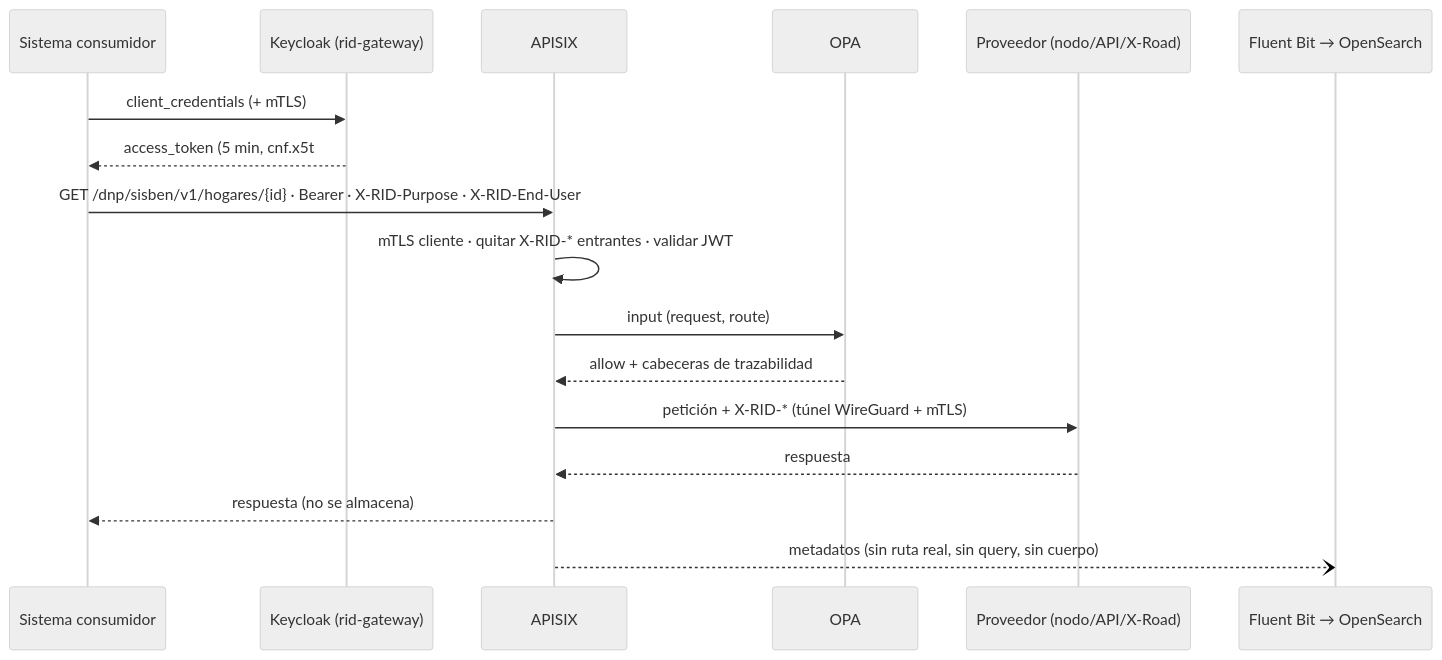
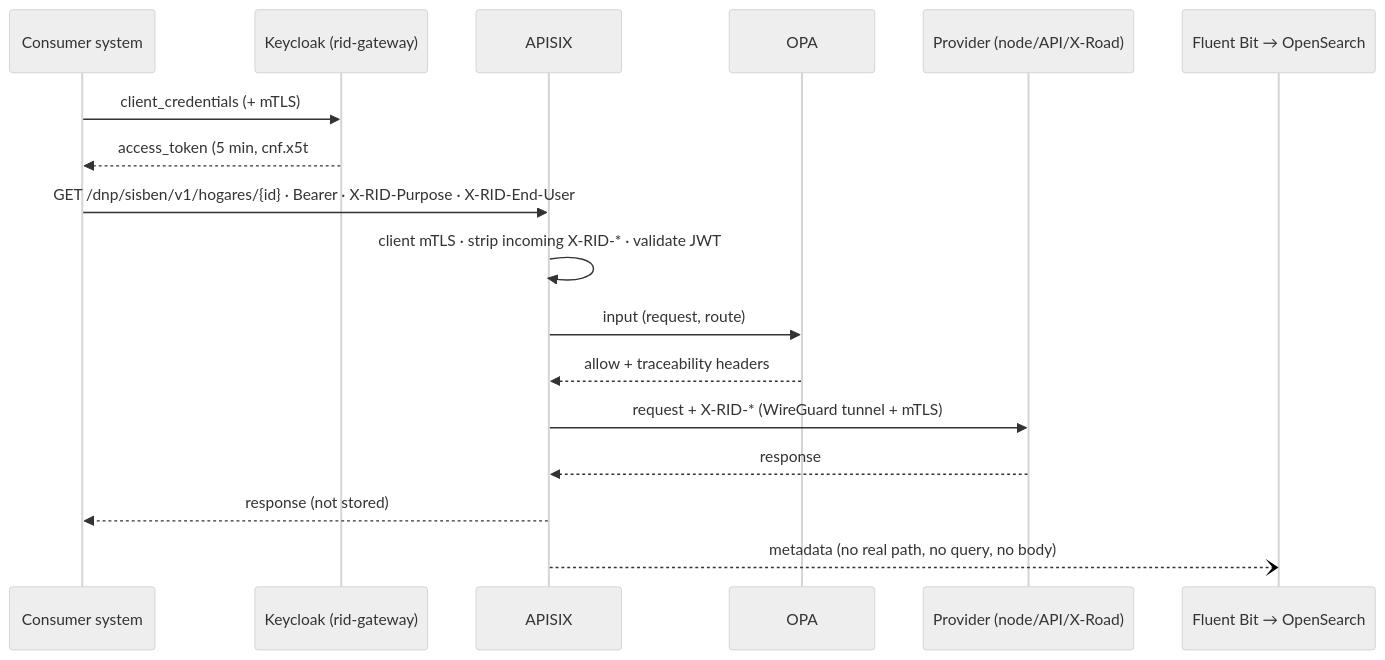
Before and after one commit to centre-for-dpi/data-exchange-admin-portal: the second of 2 diagrams in docs/ARCHITECTURE.md, drawn with Mermaid (neutral theme). The commit also changed other lines of this file and 40 other files, not shown here.

````diff
--- a/docs/ARCHITECTURE.md
+++ b/docs/ARCHITECTURE.md
@@ -274,19 +276,19 @@
 ```mermaid
 sequenceDiagram
-  participant C as Sistema consumidor
+  participant C as Consumer system
   participant KC as Keycloak (rid-gateway)
   participant GW as APISIX
   participant OPA as OPA
-  participant P as Proveedor (nodo/API/X-Road)
+  participant P as Provider (node/API/X-Road)
   participant FB as Fluent Bit → OpenSearch
   C->>KC: client_credentials (+ mTLS)
   KC-->>C: access_token (5 min, cnf.x5t#S256)
   C->>GW: GET /dnp/sisben/v1/hogares/{id} · Bearer · X-RID-Purpose · X-RID-End-User
-  GW->>GW: mTLS cliente · quitar X-RID-* entrantes · validar JWT
+  GW->>GW: client mTLS · strip incoming X-RID-* · validate JWT
   GW->>OPA: input (request, route)
-  OPA-->>GW: allow + cabeceras de trazabilidad
-  GW->>P: petición + X-RID-* (túnel WireGuard + mTLS)
-  P-->>GW: respuesta
-  GW-->>C: respuesta (no se almacena)
-  GW--)FB: metadatos (sin ruta real, sin query, sin cuerpo)
+  OPA-->>GW: allow + traceability headers
+  GW->>P: request + X-RID-* (WireGuard tunnel + mTLS)
+  P-->>GW: response
+  GW-->>C: response (not stored)
+  GW--)FB: metadata (no real path, no query, no body)
 ```
````
